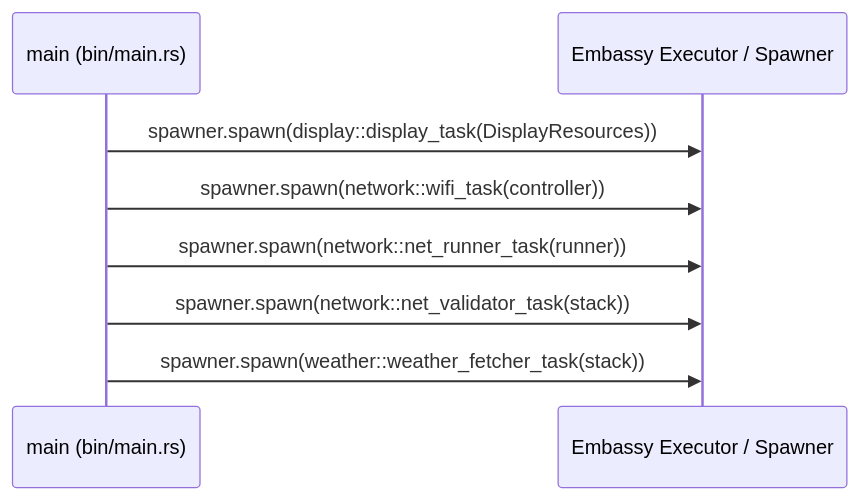
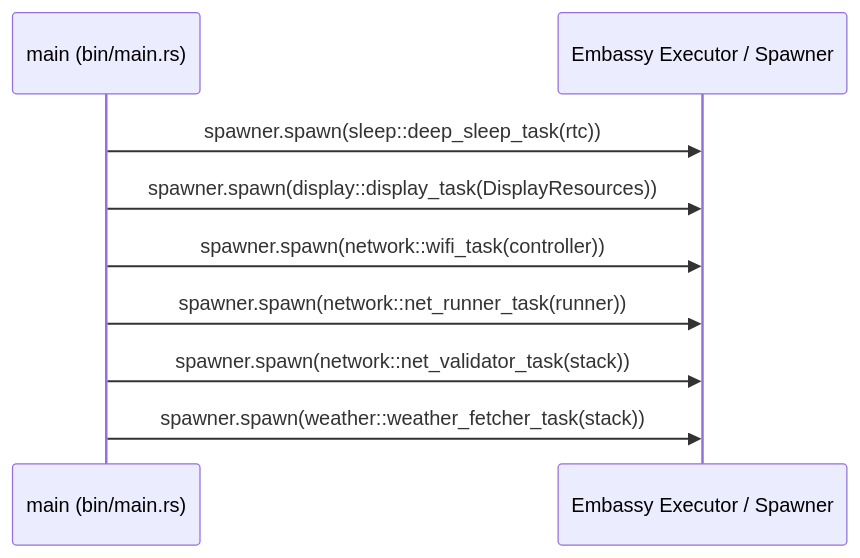
One commit to ScottCUSA/magtag_weatherstation_rs changed the first of 2 diagrams in README.md. Above: the diagram before and after it, drawn with Mermaid.

Commit message:
refactor: update sequence diagram to include deep sleep task in task spawning

````diff
--- a/README.md
+++ b/README.md
@@ -162,11 +162,12 @@
 ```mermaid
 sequenceDiagram
    participant Main as main (bin/main.rs)
    participant Executor as Embassy Executor / Spawner
 
+   Main->>Executor: spawner.spawn(sleep::deep_sleep_task(rtc))
    Main->>Executor: spawner.spawn(display::display_task(DisplayResources))
    Main->>Executor: spawner.spawn(network::wifi_task(controller))
    Main->>Executor: spawner.spawn(network::net_runner_task(runner))
    Main->>Executor: spawner.spawn(network::net_validator_task(stack))
    Main->>Executor: spawner.spawn(weather::weather_fetcher_task(stack))
 ```
````
